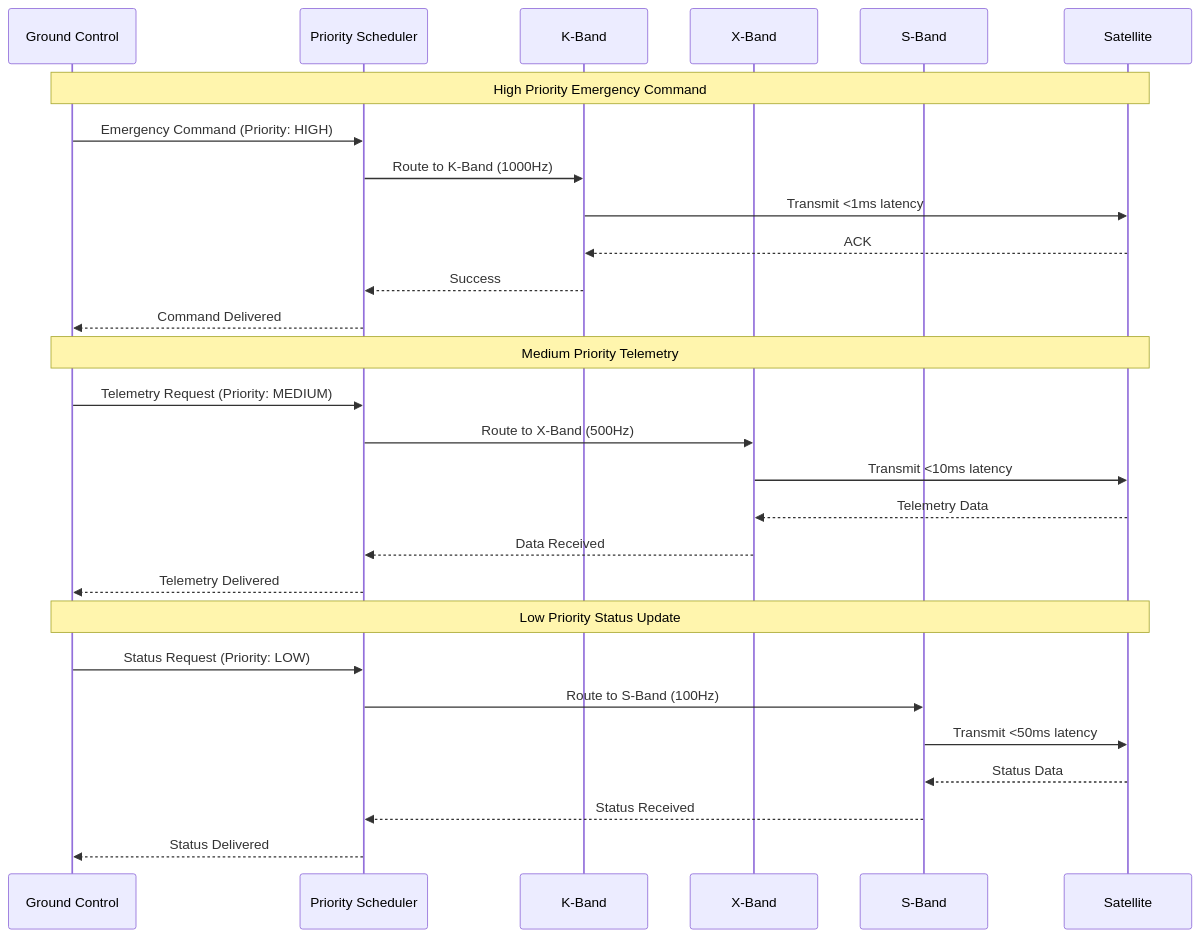
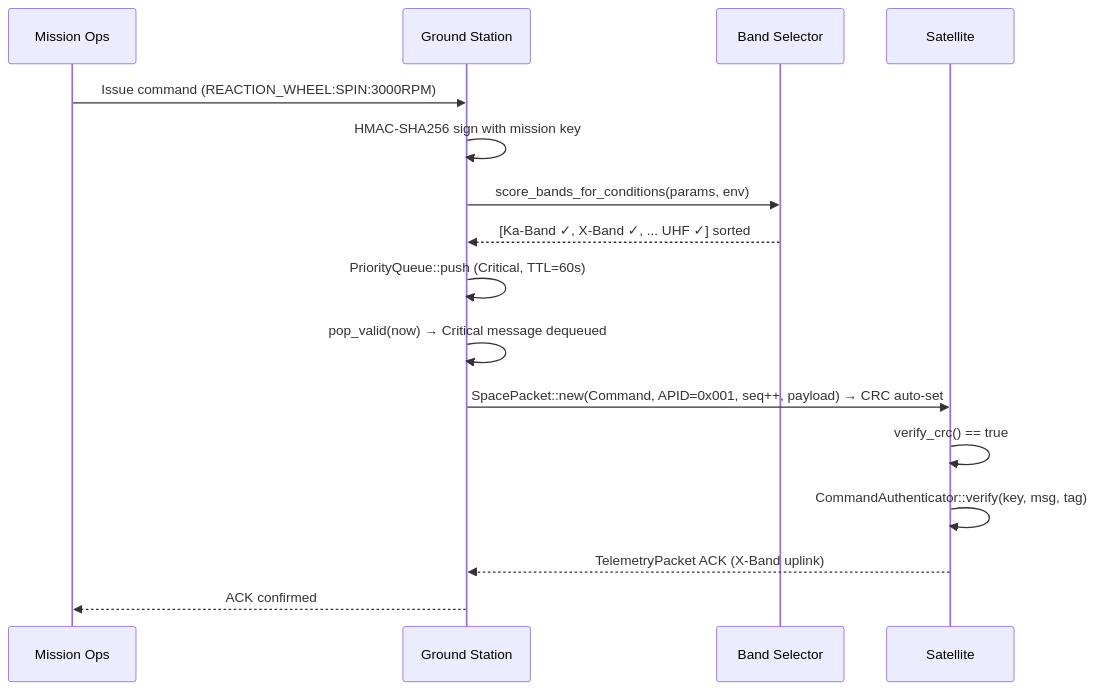
The second of 5 diagrams in README.md (hkevin01/space-data-project), drawn with Mermaid before and after one commit. The commit also changed other lines of this file and 1 other file, not shown here.

Commit message:
Remove unused import of BandScore in simulation tests

````diff
--- a/README.md
+++ b/README.md
@@ -577,33 +125,19 @@
 ```mermaid
 sequenceDiagram
-    participant GC as Ground Control
-    participant PS as Priority Scheduler
-    participant KB as K-Band
-    participant XB as X-Band
-    participant SB as S-Band
+    participant OPS as Mission Ops
+    participant GND as Ground Station
+    participant SIM as Band Selector
     participant SAT as Satellite
 
-    Note over GC,SAT: High Priority Emergency Command
-    GC->>PS: Emergency Command (Priority: HIGH)
-    PS->>KB: Route to K-Band (1000Hz)
-    KB->>SAT: Transmit <1ms latency
-    SAT-->>KB: ACK
-    KB-->>PS: Success
-    PS-->>GC: Command Delivered
-
-    Note over GC,SAT: Medium Priority Telemetry
-    GC->>PS: Telemetry Request (Priority: MEDIUM)
-    PS->>XB: Route to X-Band (500Hz)
-    XB->>SAT: Transmit <10ms latency
-    SAT-->>XB: Telemetry Data
-    XB-->>PS: Data Received
-    PS-->>GC: Telemetry Delivered
-
-    Note over GC,SAT: Low Priority Status Update
-    GC->>PS: Status Request (Priority: LOW)
-    PS->>SB: Route to S-Band (100Hz)
-    SB->>SAT: Transmit <50ms latency
-    SAT-->>SB: Status Data
-    SB-->>PS: Status Received
-    PS-->>GC: Status Delivered
+    OPS->>GND: Issue command (REACTION_WHEEL:SPIN:3000RPM)
+    GND->>GND: HMAC-SHA256 sign with mission key
+    GND->>SIM: score_bands_for_conditions(params, env)
+    SIM-->>GND: [Ka-Band ✓, X-Band ✓, ... UHF ✓] sorted
+    GND->>GND: PriorityQueue::push (Critical, TTL=60s)
+    GND->>GND: pop_valid(now) → Critical message dequeued
+    GND->>SAT: SpacePacket::new(Command, APID=0x001, seq++, payload) → CRC auto-set
+    SAT->>SAT: verify_crc() == true
+    SAT->>SAT: CommandAuthenticator::verify(key, msg, tag)
+    SAT-->>GND: TelemetryPacket ACK (X-Band uplink)
+    GND-->>OPS: ACK confirmed
 ```
````
